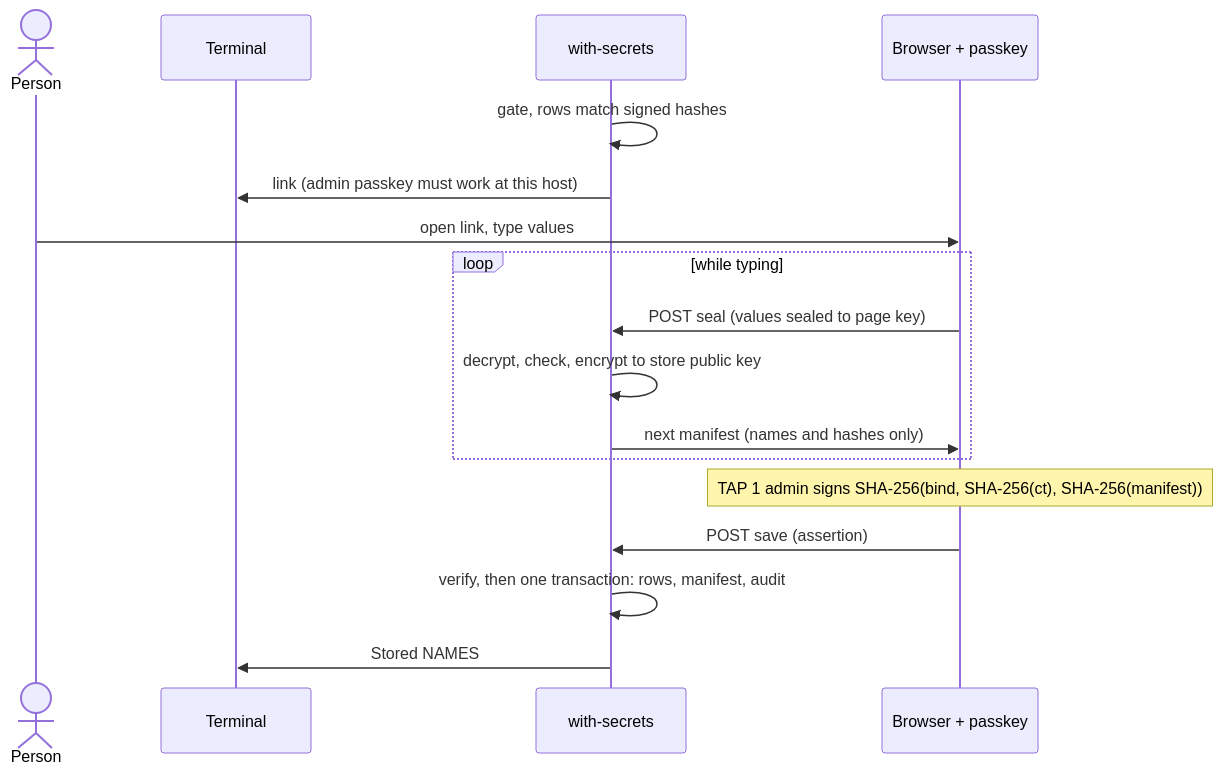
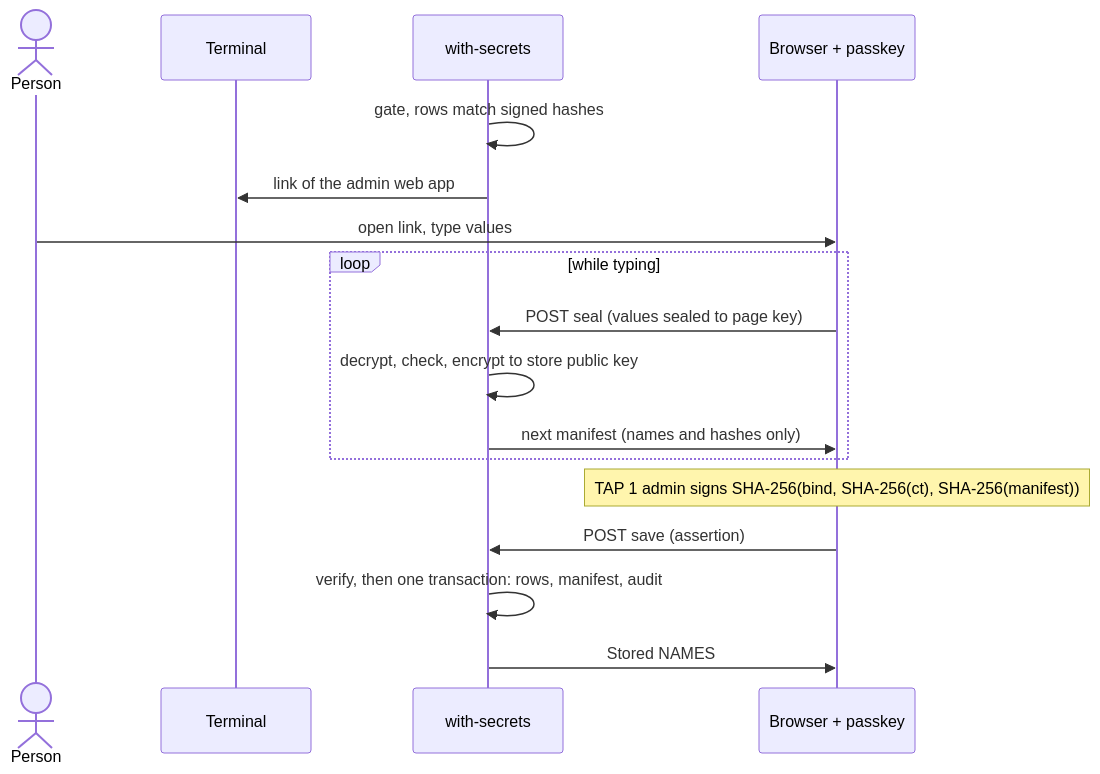
Before and after one commit to CodePenguin/with-secrets: the fourth of 8 diagrams in docs/architecture.md, drawn with Mermaid. The commit also changed other lines of this file and 271 other files, not shown here.

````diff
--- a/docs/architecture.md
+++ b/docs/architecture.md
@@ -176,19 +178,19 @@
 ```mermaid
 sequenceDiagram
     actor P as Person
     participant T as Terminal
     participant C as with-secrets
     participant B as Browser + passkey
     C->>C: gate, rows match signed hashes
-    C->>T: link (admin passkey must work at this host)
+    C->>T: link of the admin web app
     P->>B: open link, type values
     loop while typing
         B->>C: POST seal (values sealed to page key)
         C->>C: decrypt, check, encrypt to store public key
         C->>B: next manifest (names and hashes only)
     end
     Note over B: TAP 1 admin signs SHA-256(bind, SHA-256(ct), SHA-256(manifest))
     B->>C: POST save (assertion)
     C->>C: verify, then one transaction: rows, manifest, audit
-    C->>T: Stored NAMES
+    C->>B: Stored NAMES
 ```
````
